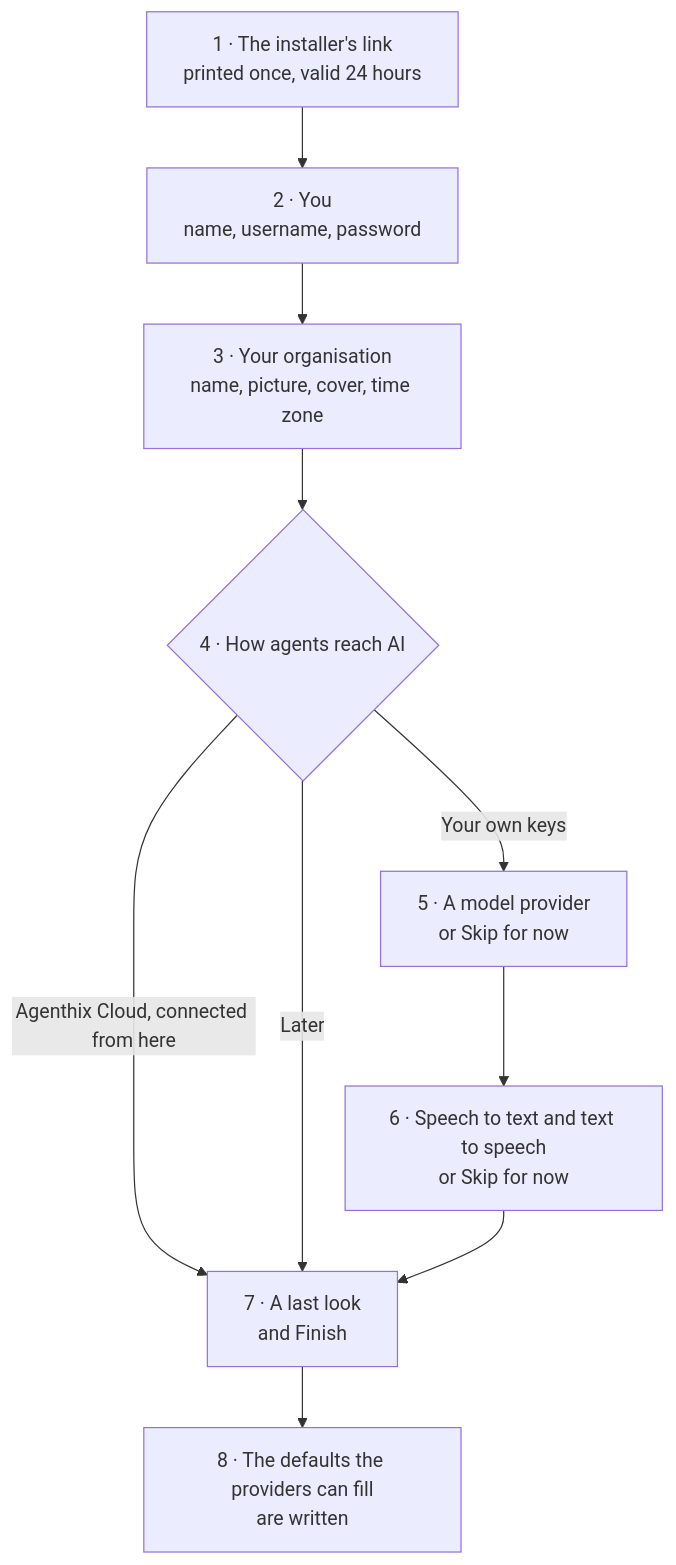
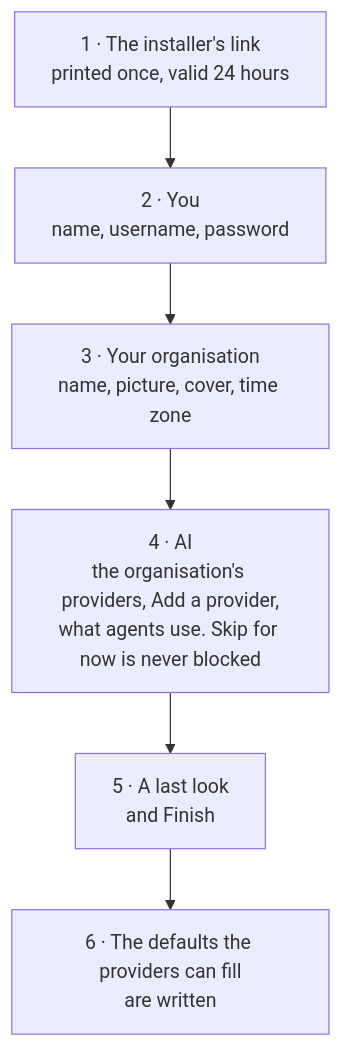
The diagram in docs/concepts/setup/setup-flow.md (solution84-com/agenthix), drawn with Mermaid before and after one commit. The commit also changed other lines of this file and 19 other files, not shown here.

````diff
--- a/docs/concepts/setup/setup-flow.md
+++ b/docs/concepts/setup/setup-flow.md
@@ -7,12 +7,8 @@
 ```mermaid
 flowchart TD
     L["1 · The installer's link<br/>printed once, valid 24 hours"] --> Y["2 · You<br/>name, username, password"]
     Y --> ORG["3 · Your organisation<br/>name, picture, cover, time zone"]
-    ORG --> C{"4 · How agents reach AI"}
-    C -->|"Agenthix Cloud, connected from here"| R
-    C -->|"Later"| R
-    C -->|"Your own keys"| M["5 · A model provider<br/>or Skip for now"]
-    M --> V["6 · Speech to text and text to speech<br/>or Skip for now"]
-    V --> R["7 · A last look<br/>and Finish"]
-    R --> D["8 · The defaults the providers can fill<br/>are written"]
+    ORG --> A["4 · AI<br/>the organisation's providers, Add a provider,<br/>what agents use. Skip for now is never blocked"]
+    A --> R["5 · A last look<br/>and Finish"]
+    R --> D["6 · The defaults the providers can fill<br/>are written"]
 ```
````
